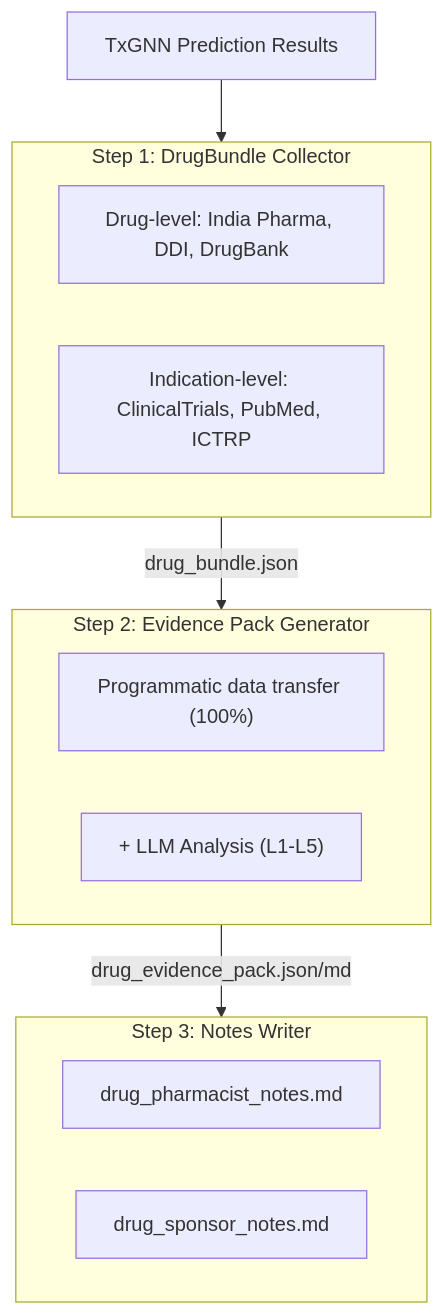
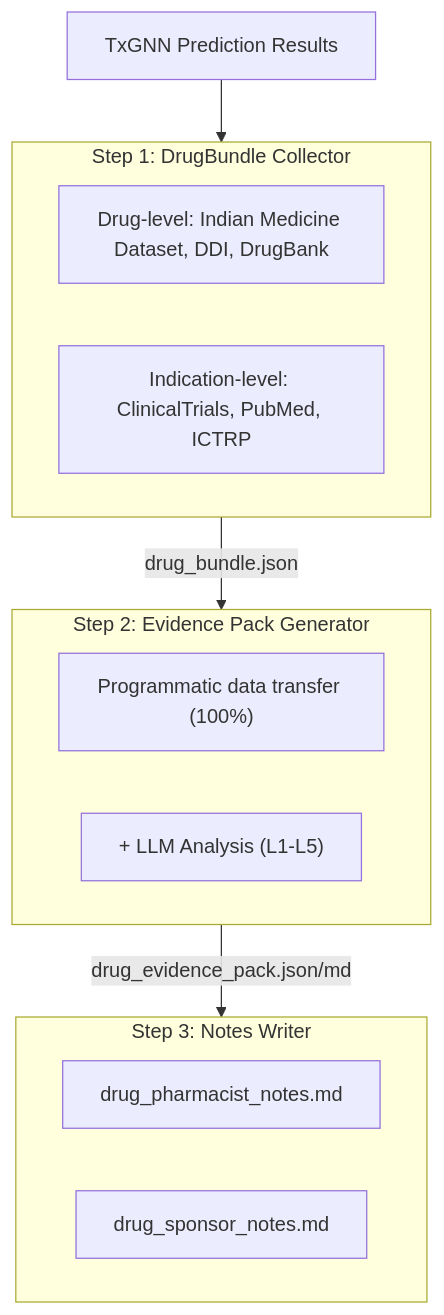
The first of 2 diagrams in README.md (yao-care/InTxGNN), drawn with Mermaid before and after one commit. The commit also changed other lines of this file and 2 other files, not shown here.

First line of the commit message:
其餘資料來源描述改寫實際資料集：CDSCO → Indian Medicine Dataset

````diff
--- a/README.md
+++ b/README.md
@@ -130,18 +130,18 @@
 ```mermaid
 flowchart TD
     A["TxGNN Prediction Results"] --> B
     subgraph B["Step 1: DrugBundle Collector"]
-        B1["Drug-level: India Pharma, DDI, DrugBank"]
+        B1["Drug-level: Indian Medicine Dataset, DDI, DrugBank"]
         B2["Indication-level: ClinicalTrials, PubMed, ICTRP"]
     end
     B --> |"drug_bundle.json"| C
     subgraph C["Step 2: Evidence Pack Generator"]
         C1["Programmatic data transfer (100%)"]
         C2["+ LLM Analysis (L1-L5)"]
     end
     C --> |"drug_evidence_pack.json/md"| D
     subgraph D["Step 3: Notes Writer"]
         D1["drug_pharmacist_notes.md"]
         D2["drug_sponsor_notes.md"]
     end
 ```
````
